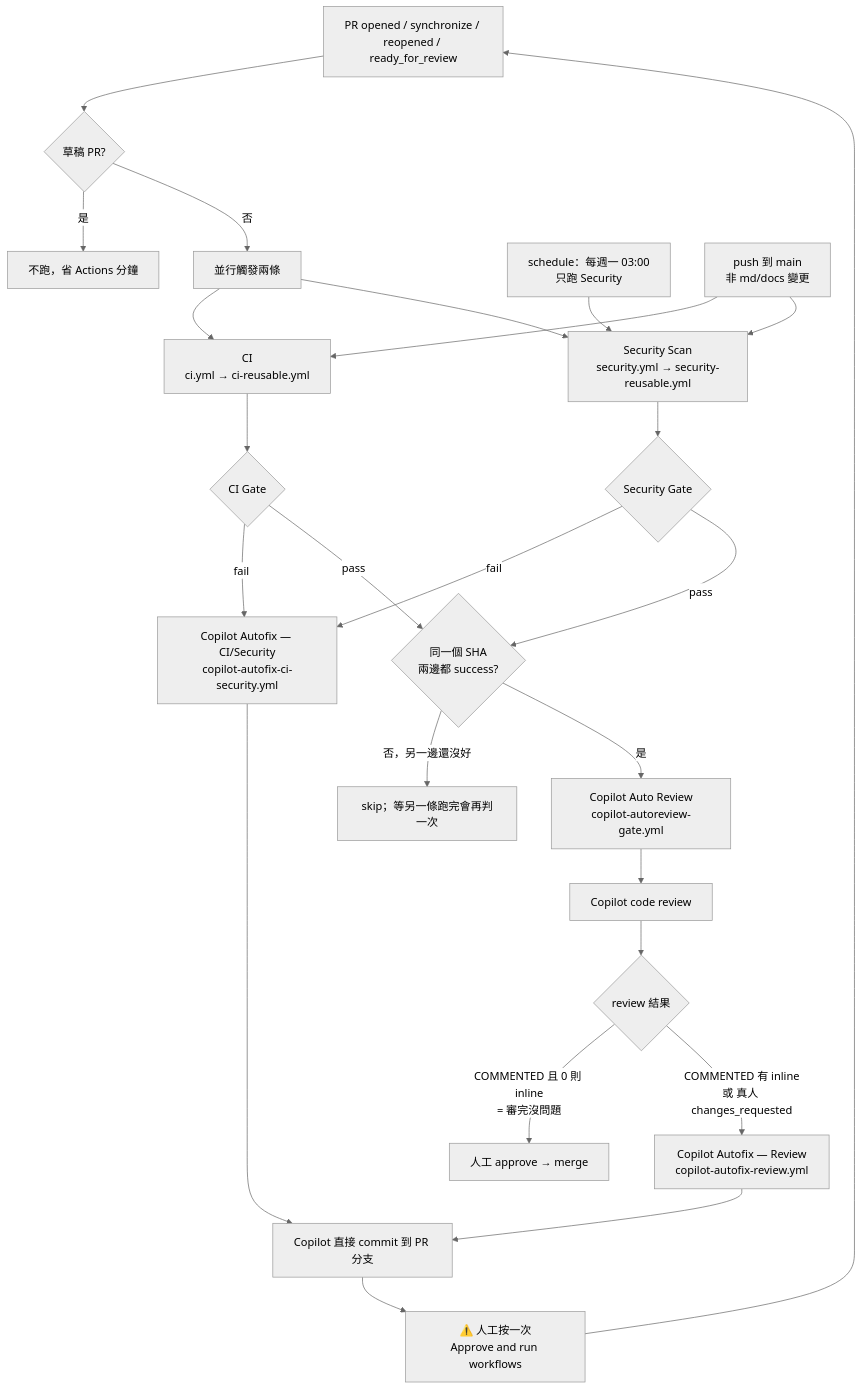
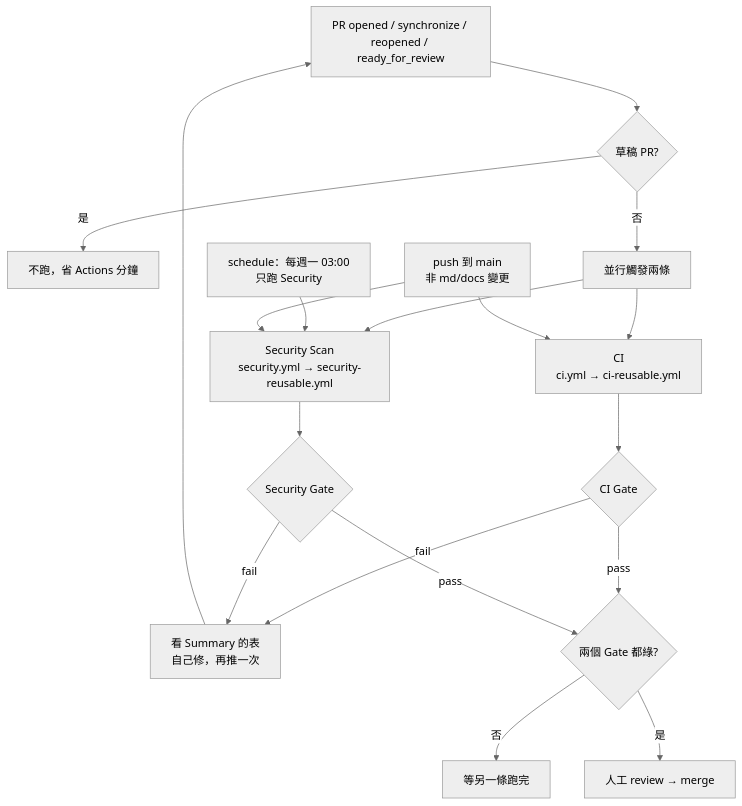
The first of 3 diagrams in docs/FLOW.md (singi0771/ci-standards), drawn with Mermaid (neutral theme) before and after one commit. The commit also changed other lines of this file and 7 other files, not shown here.

````diff
--- a/docs/FLOW.md
+++ b/docs/FLOW.md
@@ -29,34 +29,25 @@
 ```mermaid
 flowchart TD
     PR[PR opened / synchronize / reopened / ready_for_review] --> DRAFT{草稿 PR?}
     DRAFT -->|是| STOP1[不跑，省 Actions 分鐘]
     DRAFT -->|否| PAR
 
     PAR[並行觸發兩條] --> CI[CI<br/>ci.yml → ci-reusable.yml]
     PAR --> SEC[Security Scan<br/>security.yml → security-reusable.yml]
 
     CI --> CIG{CI Gate}
     SEC --> SG{Security Gate}
 
-    CIG -->|fail| AF
-    SG -->|fail| AF
-    CIG -->|pass| BOTH{同一個 SHA<br/>兩邊都 success?}
+    CIG -->|fail| FIX[看 Summary 的表<br/>自己修，再推一次]
+    SG -->|fail| FIX
+    FIX --> PR
+
+    CIG -->|pass| BOTH{兩個 Gate 都綠?}
     SG -->|pass| BOTH
-
-    BOTH -->|否，另一邊還沒好| WAIT[skip；等另一條跑完會再判一次]
-    BOTH -->|是| AR[Copilot Auto Review<br/>copilot-autoreview-gate.yml]
-
-    AF[Copilot Autofix — CI/Security<br/>copilot-autofix-ci-security.yml] --> FIXPUSH[Copilot 直接 commit 到 PR 分支]
-    FIXPUSH --> APPROVE[⚠️ 人工按一次<br/>Approve and run workflows]
-    APPROVE --> PR
-
-    AR --> REVIEW[Copilot code review]
-    REVIEW --> RSTATE{review 結果}
-    RSTATE -->|COMMENTED 且 0 則 inline<br/>= 審完沒問題| MERGE[人工 approve → merge]
-    RSTATE -->|COMMENTED 有 inline<br/>或 真人 changes_requested| AFR[Copilot Autofix — Review<br/>copilot-autofix-review.yml]
-    AFR --> FIXPUSH
+    BOTH -->|否| WAIT[等另一條跑完]
+    BOTH -->|是| MERGE[人工 review → merge]
 
     SCHED[schedule：每週一 03:00<br/>只跑 Security] --> SEC
     PUSHMAIN[push 到 main<br/>非 md/docs 變更] --> CI
     PUSHMAIN --> SEC
 ```
````
